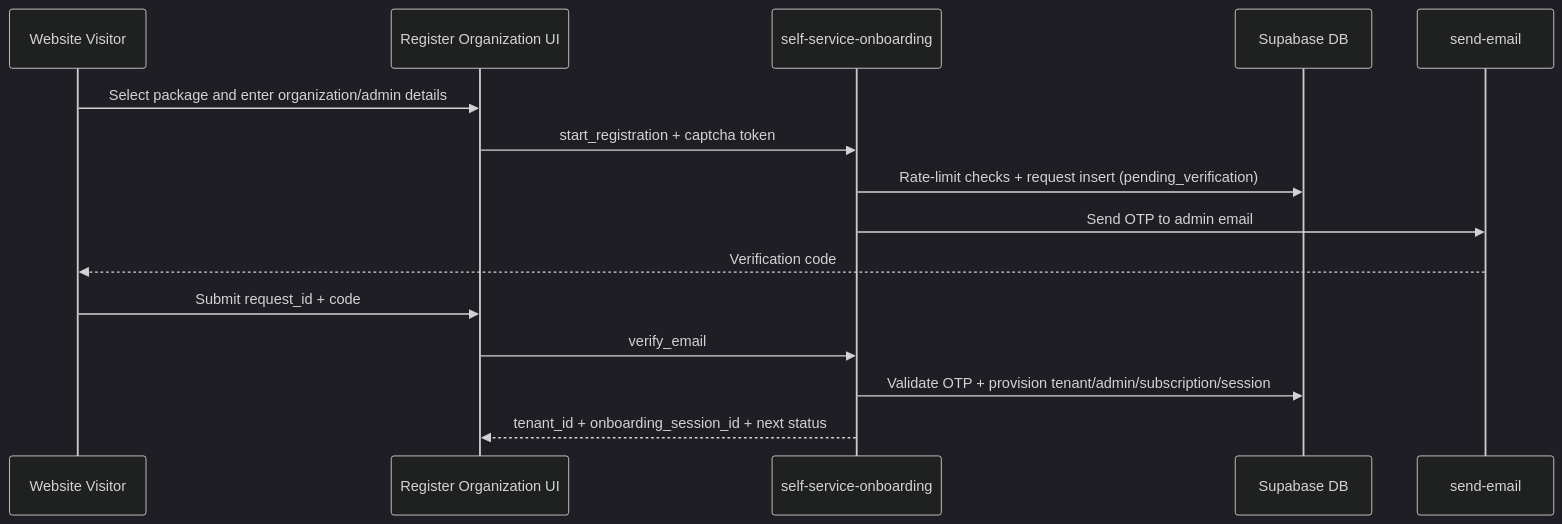
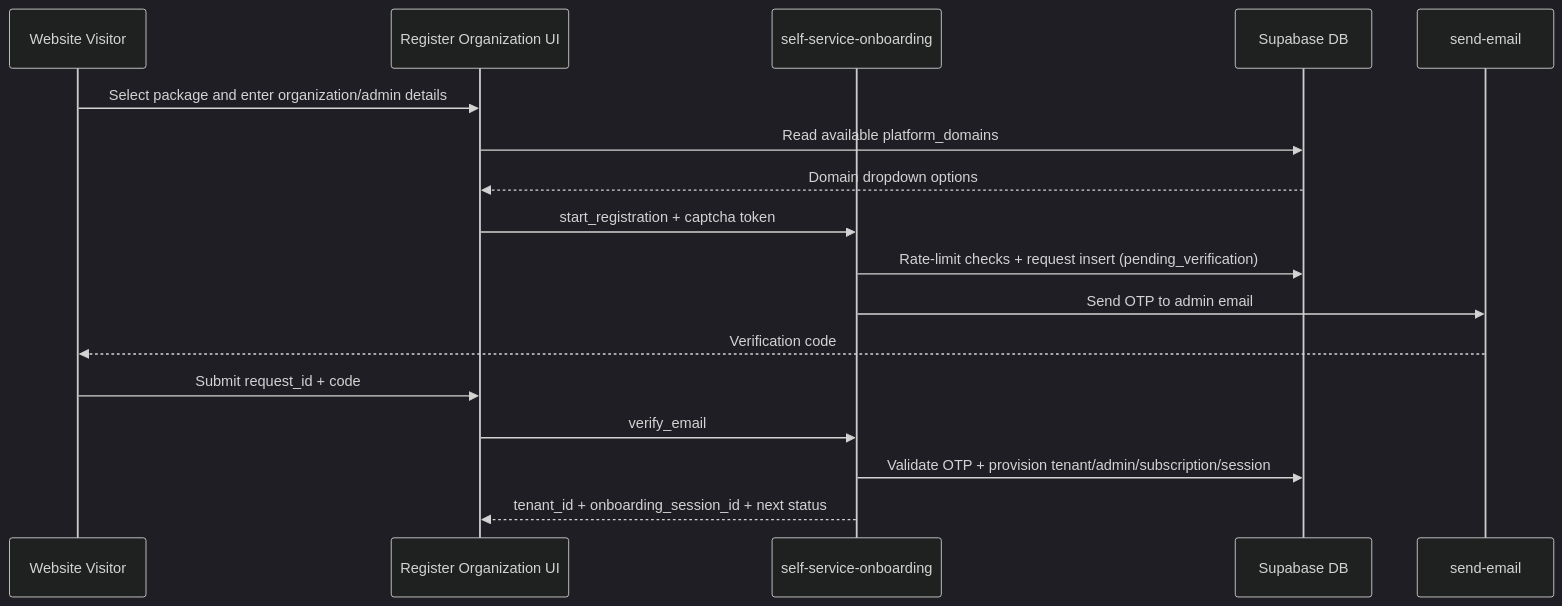
Before and after one commit to vageesha-vaishya/logic-nexus-ai: the first of 2 diagrams in docs/plans/2026-03-14-tenant-onboarding-functional-technical-architecture.md, drawn with Mermaid (dark theme). The commit also changed other lines of this file and 2 other files, not shown here.

Commit message:
feat(onboarding): add domain validation and dropdown for tenant registration
- Add new `list_domains` action to fetch active platform domains for UI dropdown
- Validate preferred domain against active `platform_domains` during registration
- Update UI to show domain selection dropdown instead of free-text input
- Handle domain catalog connectivity errors in UI and backend
- Update documentation and sequence diagram to reflect new flow

````diff
--- a/docs/plans/2026-03-14-tenant-onboarding-functional-technical-architecture.md
+++ b/docs/plans/2026-03-14-tenant-onboarding-functional-technical-architecture.md
@@ -271,18 +273,20 @@
 ```mermaid
 sequenceDiagram
   participant V as Website Visitor
   participant UI as Register Organization UI
   participant SSO as self-service-onboarding
   participant DB as Supabase DB
   participant MAIL as send-email
 
   V->>UI: Select package and enter organization/admin details
+  UI->>DB: Read available platform_domains
+  DB-->>UI: Domain dropdown options
   UI->>SSO: start_registration + captcha token
   SSO->>DB: Rate-limit checks + request insert (pending_verification)
   SSO->>MAIL: Send OTP to admin email
   MAIL-->>V: Verification code
   V->>UI: Submit request_id + code
   UI->>SSO: verify_email
   SSO->>DB: Validate OTP + provision tenant/admin/subscription/session
   SSO-->>UI: tenant_id + onboarding_session_id + next status
 ```
````
